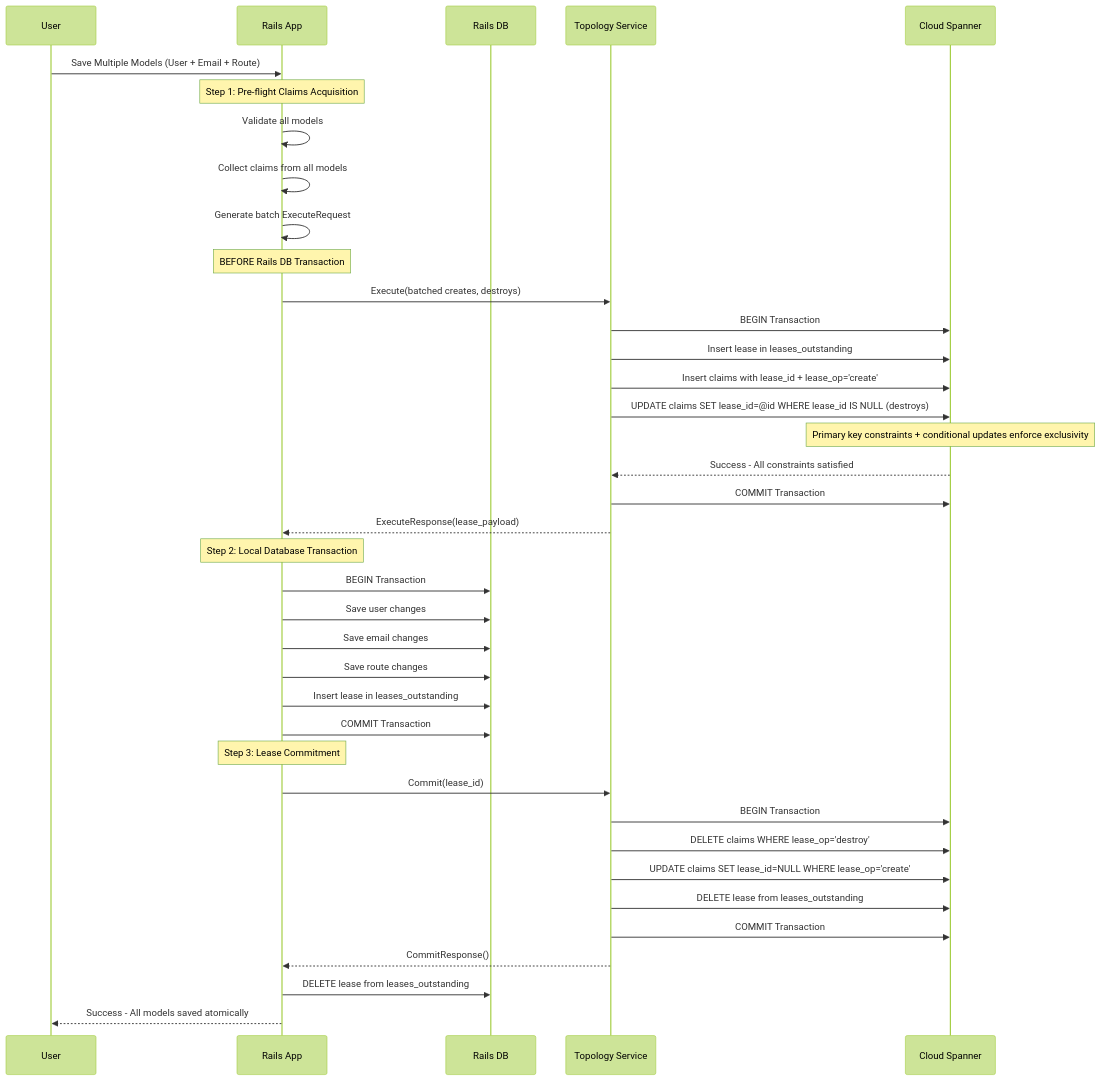
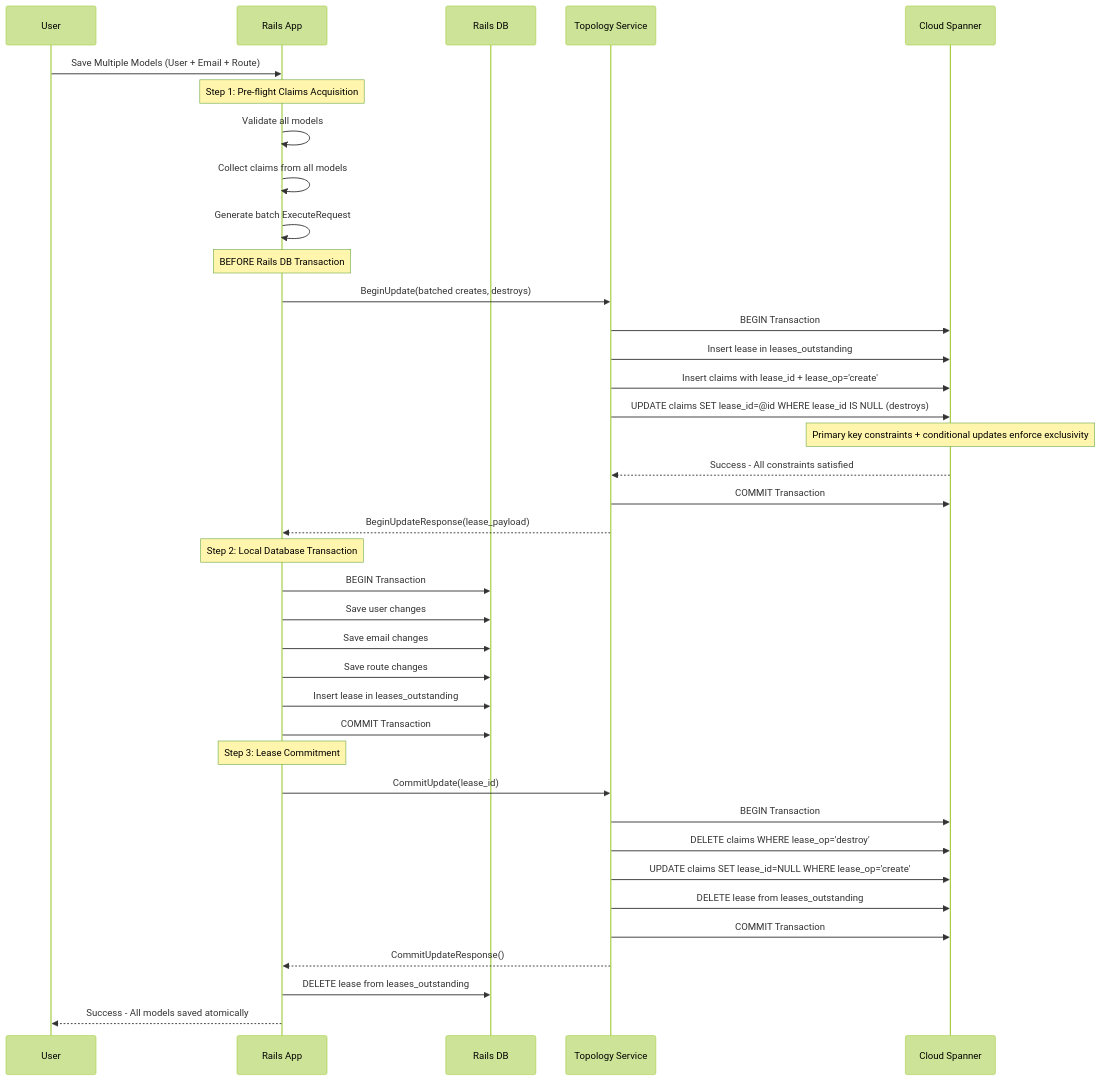
Before and after one commit to zalyoung/gitlab-handbook: the first of 10 diagrams in content/handbook/engineering/architecture/design-documents/cells/topology_service_transactional_behavior.md, drawn with Mermaid (forest theme). The commit also changed other lines of this file, not shown here.

First line of the commit message:
Use (Begin|Commit|Rollback)Update

````diff
--- a/content/handbook/engineering/architecture/design-documents/cells/topology_service_transactional_behavior.md
+++ b/content/handbook/engineering/architecture/design-documents/cells/topology_service_transactional_behavior.md
@@ -103,48 +103,48 @@
 ```mermaid
 sequenceDiagram
     participant User
     participant Rails as Rails App
     participant RailsDB as Rails DB
     participant TopologyService as Topology Service
     participant CloudSpanner as Cloud Spanner
 
     User->>Rails: Save Multiple Models (User + Email + Route)
     Note over Rails: Step 1: Pre-flight Claims Acquisition
     Rails->>Rails: Validate all models
     Rails->>Rails: Collect claims from all models
     Rails->>Rails: Generate batch ExecuteRequest
     
     Note over Rails: BEFORE Rails DB Transaction
-    Rails->>TopologyService: Execute(batched creates, destroys)
+    Rails->>TopologyService: BeginUpdate(batched creates, destroys)
     
     TopologyService->>CloudSpanner: BEGIN Transaction
     TopologyService->>CloudSpanner: Insert lease in leases_outstanding
     TopologyService->>CloudSpanner: Insert claims with lease_id + lease_op='create'
     TopologyService->>CloudSpanner: UPDATE claims SET lease_id=@id WHERE lease_id IS NULL (destroys)
     Note over CloudSpanner: Primary key constraints + conditional updates enforce exclusivity
     CloudSpanner-->>TopologyService: Success - All constraints satisfied
     TopologyService->>CloudSpanner: COMMIT Transaction
     
-    TopologyService-->>Rails: ExecuteResponse(lease_payload)
+    TopologyService-->>Rails: BeginUpdateResponse(lease_payload)
     
     Note over Rails: Step 2: Local Database Transaction
     Rails->>RailsDB: BEGIN Transaction
     Rails->>RailsDB: Save user changes
     Rails->>RailsDB: Save email changes
     Rails->>RailsDB: Save route changes
     Rails->>RailsDB: Insert lease in leases_outstanding
     Rails->>RailsDB: COMMIT Transaction
     
     Note over Rails: Step 3: Lease Commitment
-    Rails->>TopologyService: Commit(lease_id)
+    Rails->>TopologyService: CommitUpdate(lease_id)
     
     TopologyService->>CloudSpanner: BEGIN Transaction
     TopologyService->>CloudSpanner: DELETE claims WHERE lease_op='destroy'
     TopologyService->>CloudSpanner: UPDATE claims SET lease_id=NULL WHERE lease_op='create'
     TopologyService->>CloudSpanner: DELETE lease from leases_outstanding
     TopologyService->>CloudSpanner: COMMIT Transaction
     
-    TopologyService-->>Rails: CommitResponse()
+    TopologyService-->>Rails: CommitUpdateResponse()
     Rails->>RailsDB: DELETE lease from leases_outstanding
     Rails-->>User: Success - All models saved atomically
 ```
````
